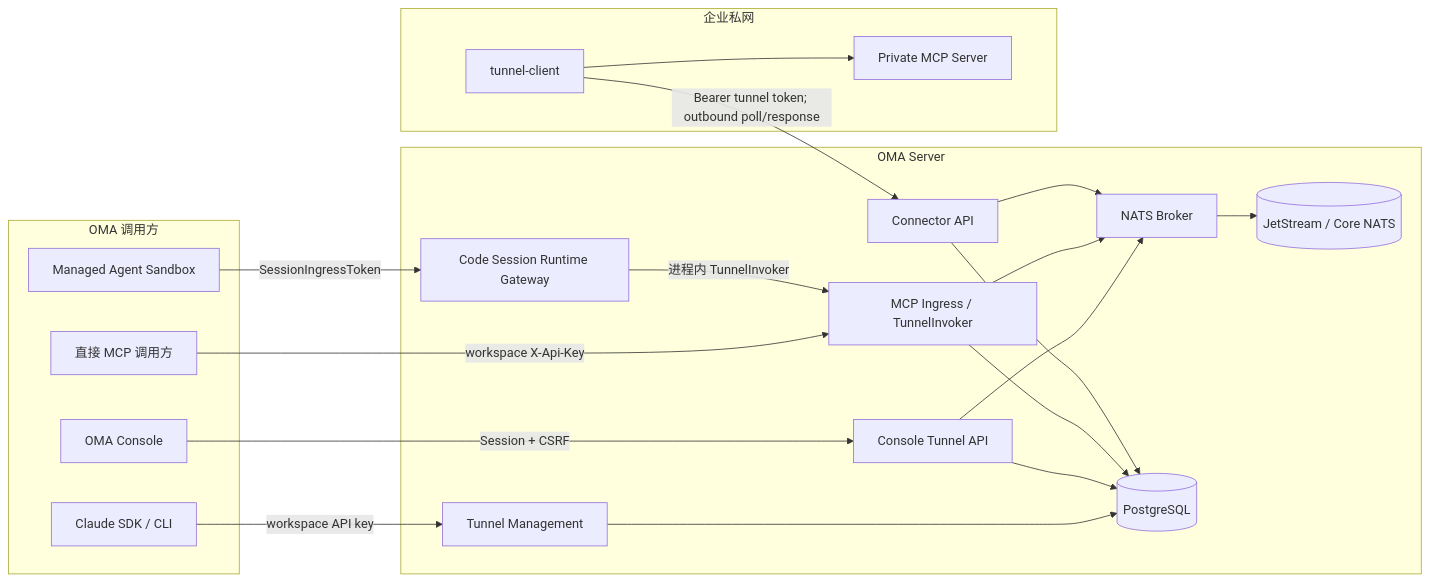
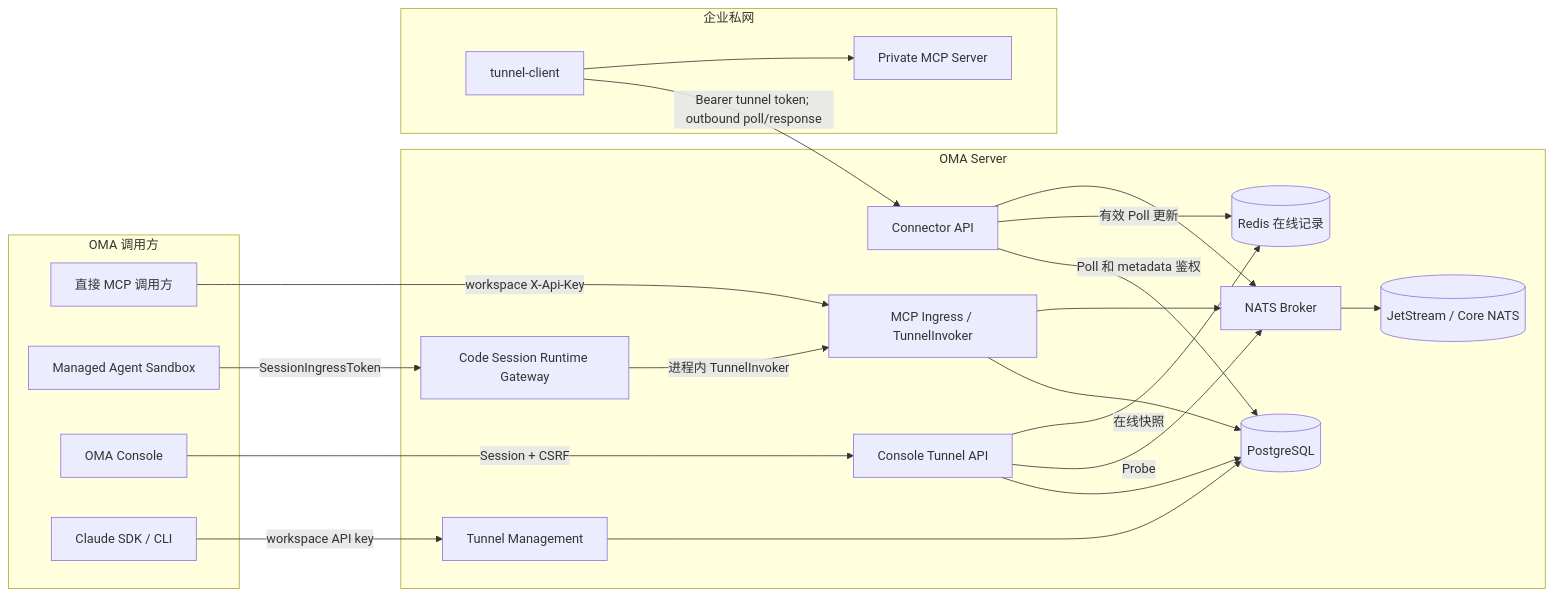
Before and after one commit to superduck-ai/open-managed-agents: the first of 4 diagrams in docs/design/mcp-tunnel-developer-guide.md, drawn with Mermaid. The commit also changed other lines of this file and 60 other files, not shown here.

````diff
--- a/docs/design/mcp-tunnel-developer-guide.md
+++ b/docs/design/mcp-tunnel-developer-guide.md
@@ -28,41 +28,44 @@
 ```mermaid
 flowchart LR
     subgraph OMAClients[OMA 调用方]
         Direct[直接 MCP 调用方]
         Sandbox[Managed Agent Sandbox]
         Console[OMA Console]
         SDK[Claude SDK / CLI]
     end
 
     subgraph OMA[OMA Server]
         Management[Tunnel Management]
         ConsoleAPI[Console Tunnel API]
         RuntimeGateway[Code Session Runtime Gateway]
         Ingress[MCP Ingress / TunnelInvoker]
         ConnectorAPI[Connector API]
         Broker[NATS Broker]
         TunnelDB[(PostgreSQL)]
         NATS[(JetStream / Core NATS)]
+        Presence[(Redis 在线记录)]
     end
 
     subgraph PrivateNetwork[企业私网]
         Client[tunnel-client]
         PrivateMCP[Private MCP Server]
     end
 
     SDK -->|workspace API key| Management
     Console -->|Session + CSRF| ConsoleAPI
     Direct -->|workspace X-Api-Key| Ingress
     Sandbox -->|SessionIngressToken| RuntimeGateway
     RuntimeGateway -->|进程内 TunnelInvoker| Ingress
     Management --> TunnelDB
     ConsoleAPI --> TunnelDB
-    ConsoleAPI --> Broker
+    ConsoleAPI -->|Probe| Broker
+    ConsoleAPI -->|在线快照| Presence
     Ingress --> TunnelDB
     Ingress --> Broker
-    ConnectorAPI --> TunnelDB
+    ConnectorAPI -->|Poll 和 metadata 鉴权| TunnelDB
+    ConnectorAPI -->|有效 Poll 更新| Presence
     ConnectorAPI --> Broker
     Broker --> NATS
     Client -->|Bearer tunnel token; outbound poll/response| ConnectorAPI
     Client --> PrivateMCP
 ```
````
